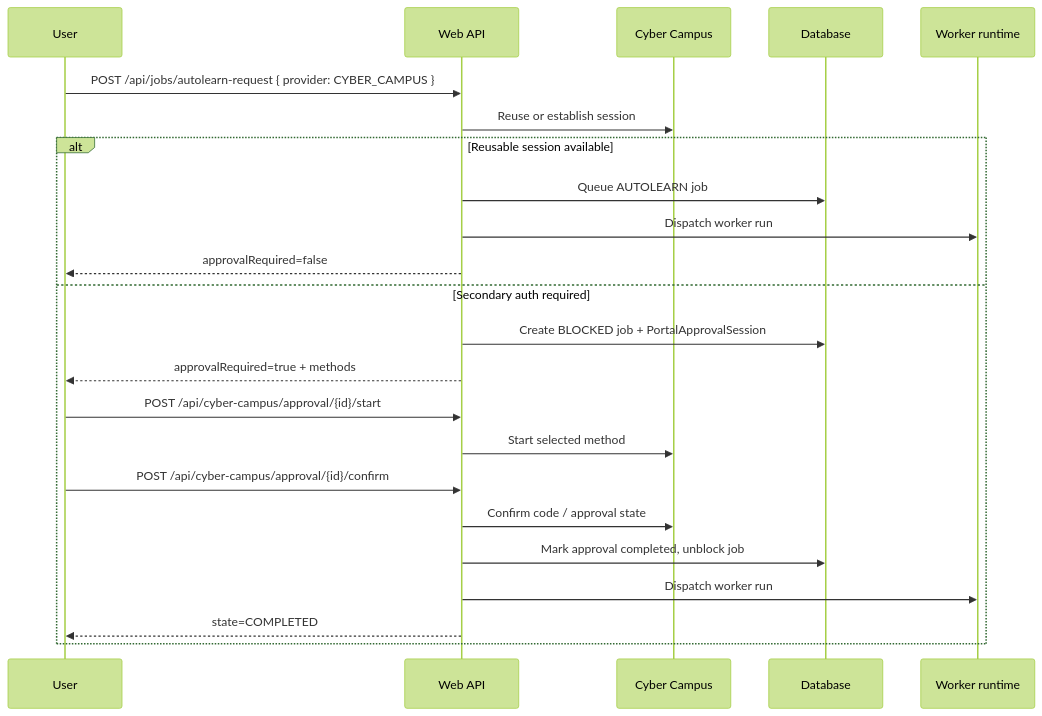
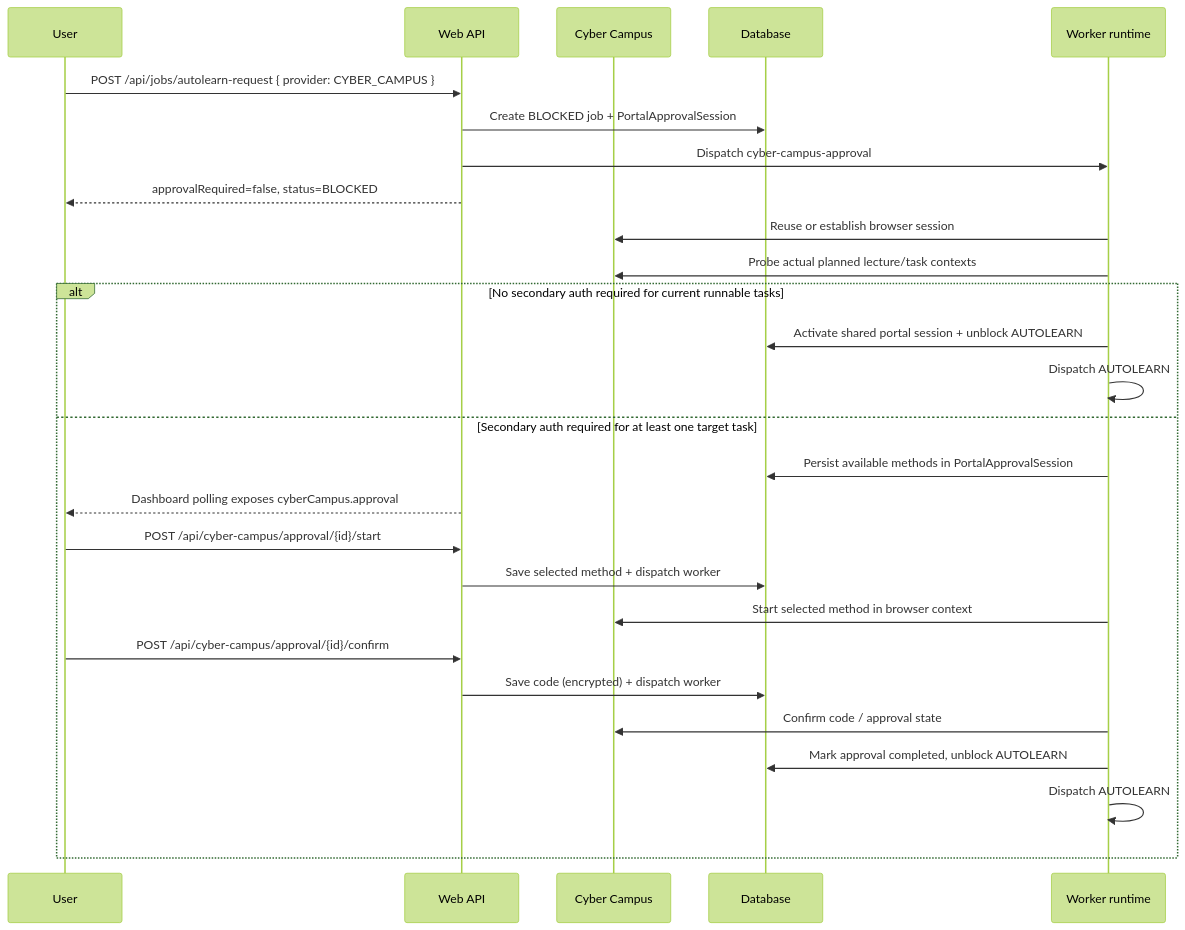
The fourth of 4 diagrams in README.md (OneTop4458/cu12), drawn with Mermaid (forest theme) before and after one commit. The commit also changed other lines of this file and 28 other files, not shown here.

Commit message:
fix(cyber-campus): make auth checks lecture-aware (#124)

````diff
--- a/README.md
+++ b/README.md
@@ -101,26 +101,30 @@
 ```mermaid
 sequenceDiagram
   participant U as User
   participant API as Web API
   participant Cyber as Cyber Campus
   participant DB as Database
   participant Worker as Worker runtime
 
   U->>API: POST /api/jobs/autolearn-request { provider: CYBER_CAMPUS }
-  API->>Cyber: Reuse or establish session
-  alt Reusable session available
-    API->>DB: Queue AUTOLEARN job
-    API->>Worker: Dispatch worker run
-    API-->>U: approvalRequired=false
-  else Secondary auth required
-    API->>DB: Create BLOCKED job + PortalApprovalSession
-    API-->>U: approvalRequired=true + methods
+  API->>DB: Create BLOCKED job + PortalApprovalSession
+  API->>Worker: Dispatch cyber-campus-approval
+  API-->>U: approvalRequired=false, status=BLOCKED
+  Worker->>Cyber: Reuse or establish browser session
+  Worker->>Cyber: Probe actual planned lecture/task contexts
+  alt No secondary auth required for current runnable tasks
+    Worker->>DB: Activate shared portal session + unblock AUTOLEARN
+    Worker->>Worker: Dispatch AUTOLEARN
+  else Secondary auth required for at least one target task
+    Worker->>DB: Persist available methods in PortalApprovalSession
+    API-->>U: Dashboard polling exposes cyberCampus.approval
     U->>API: POST /api/cyber-campus/approval/{id}/start
-    API->>Cyber: Start selected method
+    API->>DB: Save selected method + dispatch worker
+    Worker->>Cyber: Start selected method in browser context
     U->>API: POST /api/cyber-campus/approval/{id}/confirm
-    API->>Cyber: Confirm code / approval state
-    API->>DB: Mark approval completed, unblock job
-    API->>Worker: Dispatch worker run
-    API-->>U: state=COMPLETED
+    API->>DB: Save code (encrypted) + dispatch worker
+    Worker->>Cyber: Confirm code / approval state
+    Worker->>DB: Mark approval completed, unblock AUTOLEARN
+    Worker->>Worker: Dispatch AUTOLEARN
   end
 ```
````
